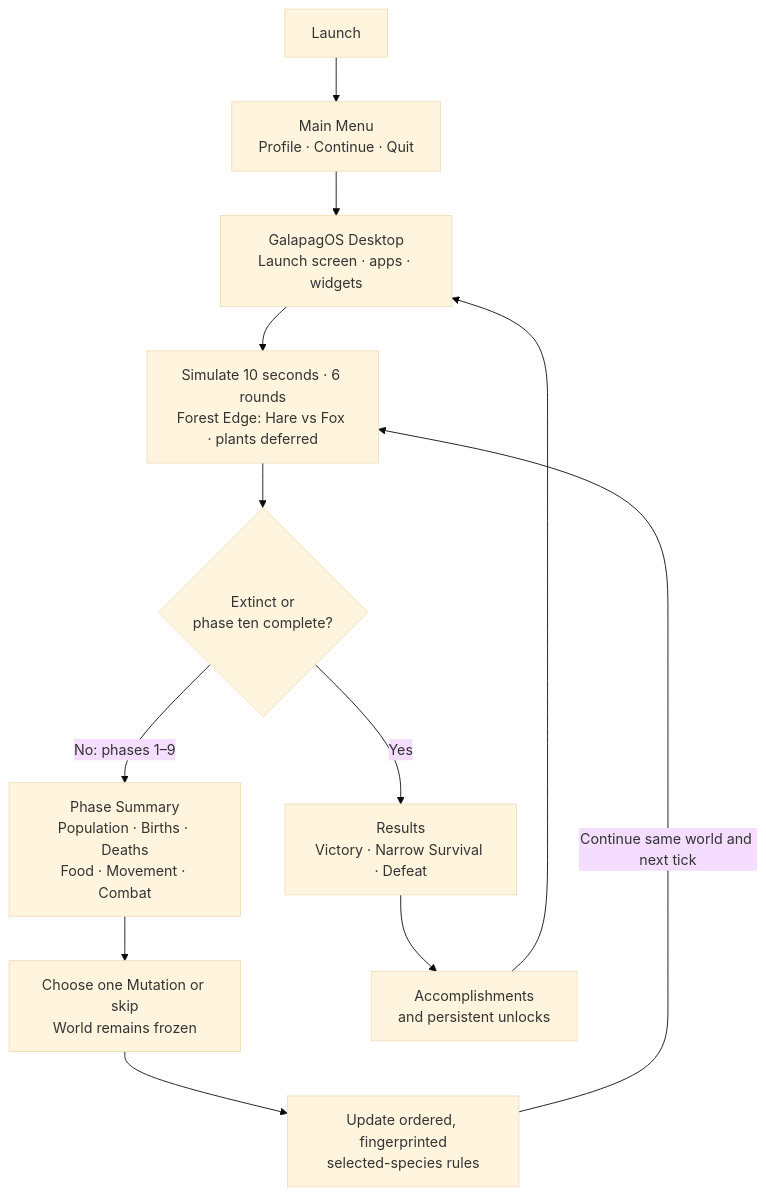
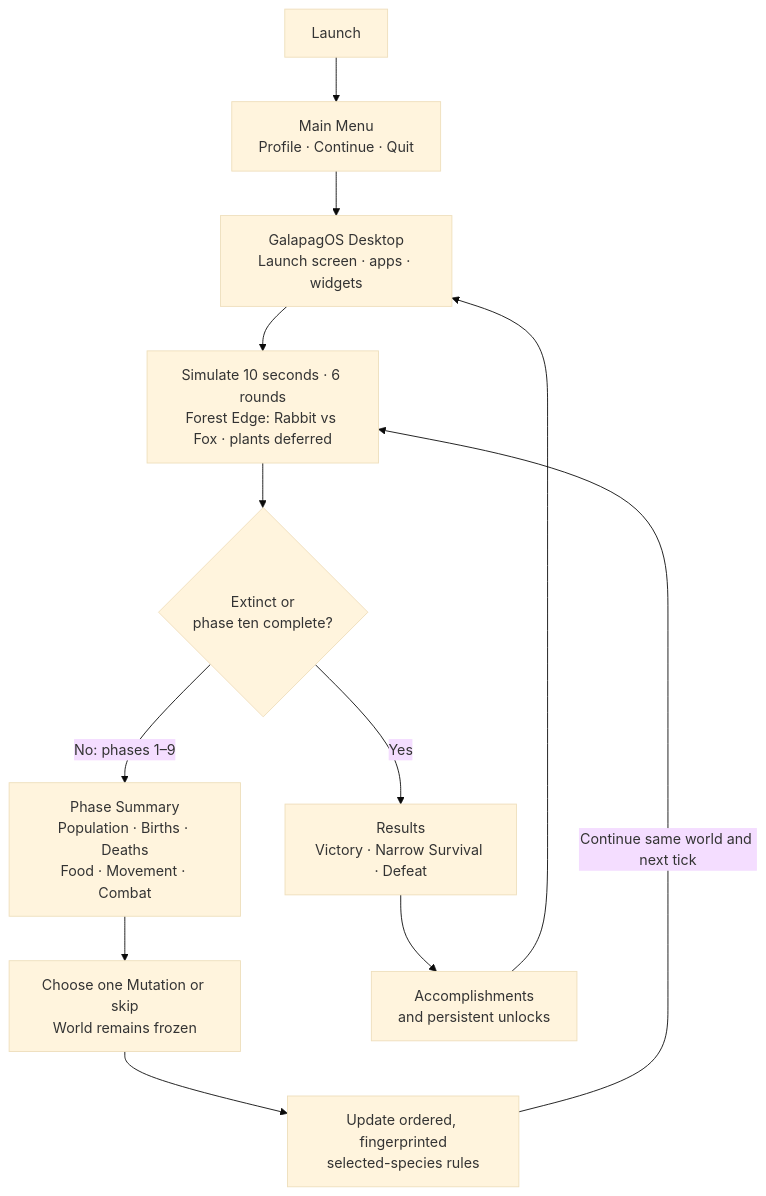
Before and after one commit to Saltylanguage/GameDev: the first of 3 diagrams in LearningIndieDev/docs/Architecture Maps/GAME_ARCHITECTURE_AND_FLOWS.md, drawn with Mermaid (base theme). The commit also changed 345 other files, not shown here.

````diff
--- a/LearningIndieDev/docs/Architecture Maps/GAME_ARCHITECTURE_AND_FLOWS.md
+++ b/LearningIndieDev/docs/Architecture Maps/GAME_ARCHITECTURE_AND_FLOWS.md
@@ -13,21 +13,21 @@
 ```mermaid
 flowchart TB
     START["Launch"]
     MENU["Main Menu<br/>Profile · Continue · Quit"]
     DESKTOP["GalapagOS Desktop<br/>Launch screen · apps · widgets"]
-    SIM["Simulate 10 seconds · 6 rounds<br/>Forest Edge: Hare vs Fox · plants deferred"]
+    SIM["Simulate 10 seconds · 6 rounds<br/>Forest Edge: Rabbit vs Fox · plants deferred"]
     END{"Extinct or<br/>phase ten complete?"}
     SUMMARY["Phase Summary<br/>Population · Births · Deaths<br/>Food · Movement · Combat"]
     UPGRADE["Choose one Mutation or skip<br/>World remains frozen"]
     RULESET["Update ordered, fingerprinted<br/>selected-species rules"]
 
     RESULTS["Results<br/>Victory · Narrow Survival · Defeat"]
     REWARD["Accomplishments<br/>and persistent unlocks"]
 
     START --> MENU --> DESKTOP --> SIM
     SIM --> END
 
     END -->|"No: phases 1–9"| SUMMARY --> UPGRADE --> RULESET
     RULESET -->|"Continue same world and next tick"| SIM
     END -->|"Yes"| RESULTS --> REWARD --> DESKTOP
 ```
````
